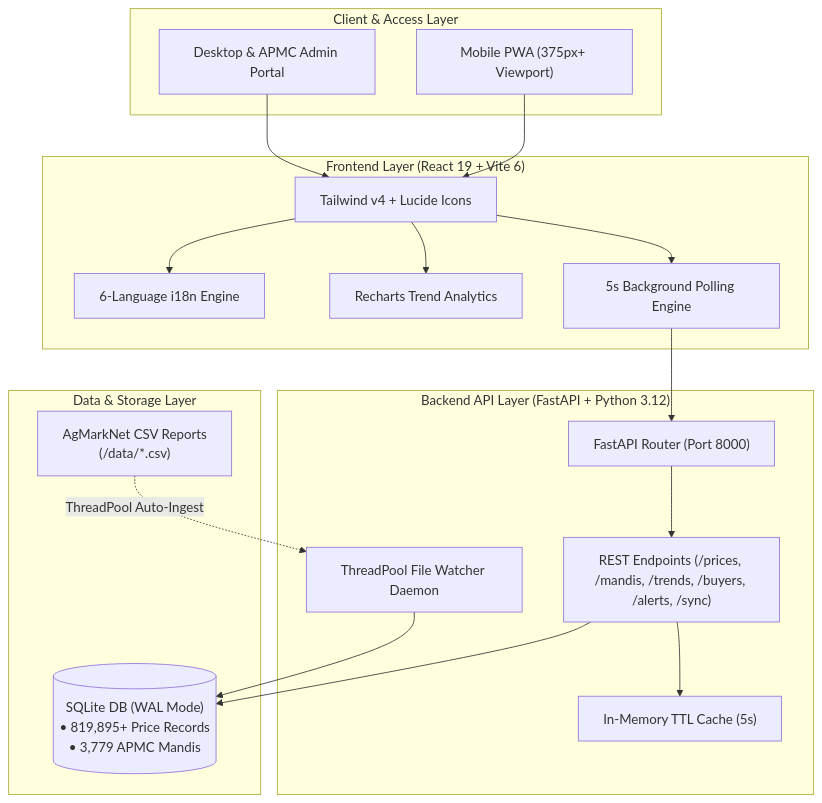
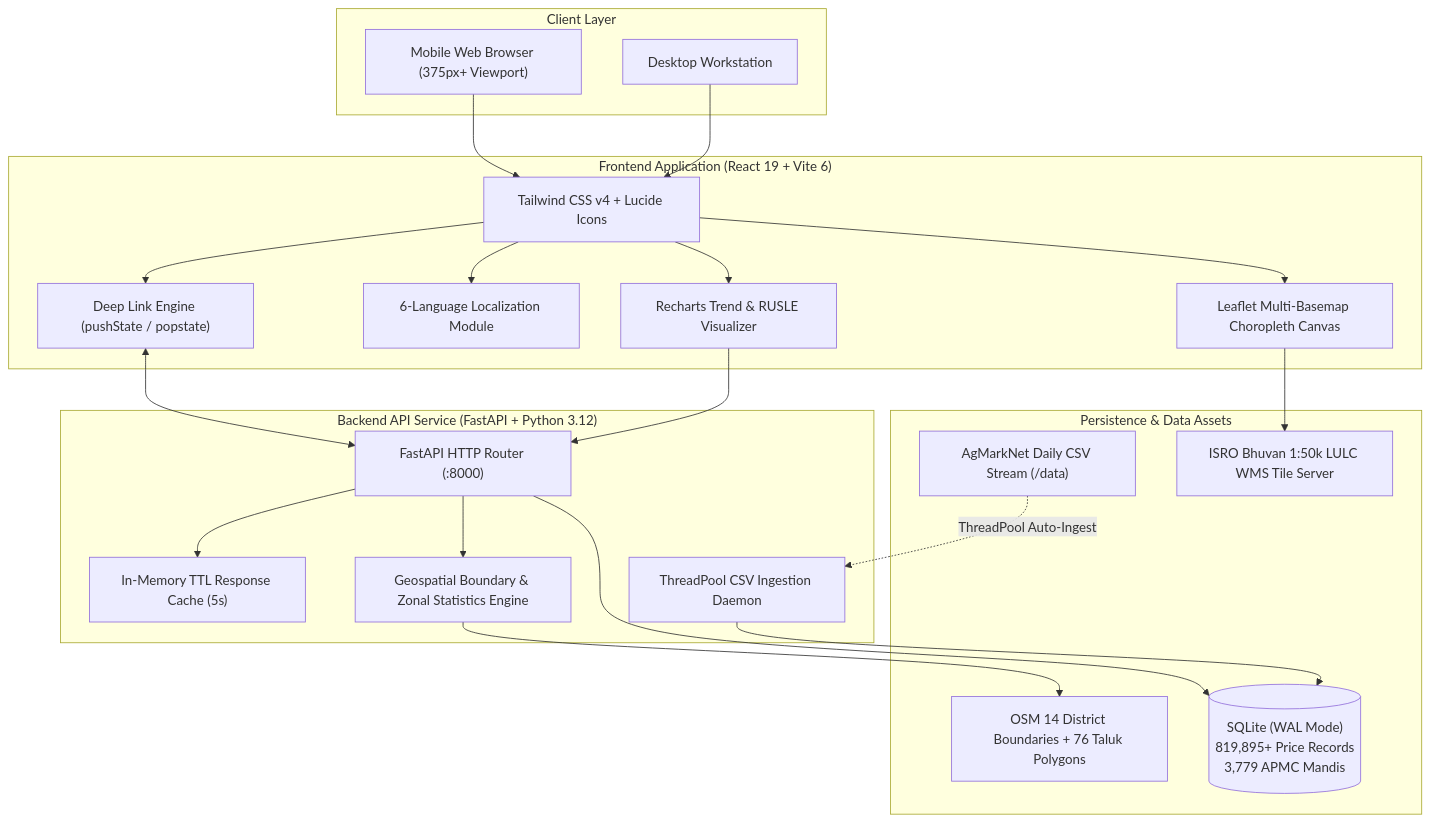
The diagram in README.md (mfscpayload-690/KisanMandi-Agri), drawn with Mermaid before and after one commit. The commit also changed other lines of this file, not shown here.

````diff
--- a/README.md
+++ b/README.md
@@ -40,38 +13,45 @@
 ```mermaid
 flowchart TD
-    subgraph Client ["Client & Access Layer"]
-        Mobile["Mobile PWA (375px+ Viewport)"]
-        Desktop["Desktop & APMC Admin Portal"]
+    subgraph Client ["Client Layer"]
+        Mobile["Mobile Web Browser (375px+ Viewport)"]
+        Desktop["Desktop Workstation"]
     end
 
-    subgraph Frontend ["Frontend Layer (React 19 + Vite 6)"]
-        UI["Tailwind v4 + Lucide Icons"]
-        i18n["6-Language i18n Engine"]
-        Recharts["Recharts Trend Analytics"]
-        SyncEngine["5s Background Polling Engine"]
+    subgraph Frontend ["Frontend Application (React 19 + Vite 6)"]
+        UI["Tailwind CSS v4 + Lucide Icons"]
+        Router["Deep Link Engine (pushState / popstate)"]
+        i18n["6-Language Localization Module"]
+        Charts["Recharts Trend & RUSLE Visualizer"]
+        LeafletMap["Leaflet Multi-Basemap Choropleth Canvas"]
     end
 
-    subgraph Backend ["Backend API Layer (FastAPI + Python 3.12)"]
-        APIGateway["FastAPI Router (Port 8000)"]
-        Routers["REST Endpoints (/prices, /mandis, /trends, /buyers, /alerts, /sync)"]
-        TTLCache["In-Memory TTL Cache (5s)"]
-        WatcherDaemon["ThreadPool File Watcher Daemon"]
+    subgraph Backend ["Backend API Service (FastAPI + Python 3.12)"]
+        API["FastAPI HTTP Router (:8000)"]
+        Cache["In-Memory TTL Response Cache (5s)"]
+        Watcher["ThreadPool CSV Ingestion Daemon"]
+        GeoService["Geospatial Boundary & Zonal Statistics Engine"]
     end
 
-    subgraph Data ["Data & Storage Layer"]
-        SQLiteDB[("SQLite DB (WAL Mode)<br/>• 819,895+ Price Records<br/>• 3,779 APMC Mandis")]
-        AgMarkNetCSV["AgMarkNet CSV Reports<br/>(/data/*.csv)"]
+    subgraph Storage ["Persistence & Data Assets"]
+        SQLite[("SQLite (WAL Mode)<br/>819,895+ Price Records<br/>3,779 APMC Mandis")]
+        CSVs["AgMarkNet Daily CSV Stream (/data)"]
+        GeoData["OSM 14 District Boundaries + 76 Taluk Polygons"]
+        BhuvanWMS["ISRO Bhuvan 1:50k LULC WMS Tile Server"]
     end
 
     Mobile --> UI
     Desktop --> UI
+    UI --> Router
     UI --> i18n
-    UI --> Recharts
-    UI --> SyncEngine
-    SyncEngine --> APIGateway
-    APIGateway --> Routers
-    Routers --> TTLCache
-    Routers --> SQLiteDB
-    AgMarkNetCSV -. "ThreadPool Auto-Ingest" .-> WatcherDaemon
-    WatcherDaemon --> SQLiteDB
+    UI --> Charts
+    UI --> LeafletMap
+    Router <--> API
+    LeafletMap --> BhuvanWMS
+    Charts --> API
+    API --> Cache
+    API --> GeoService
+    GeoService --> GeoData
+    API --> SQLite
+    CSVs -. "ThreadPool Auto-Ingest" .-> Watcher
+    Watcher --> SQLite
 ```
````
